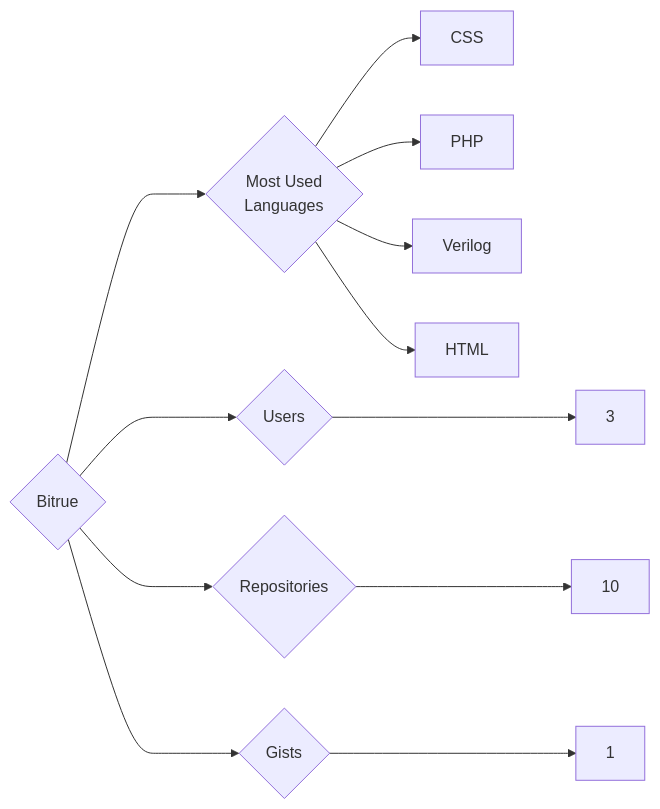
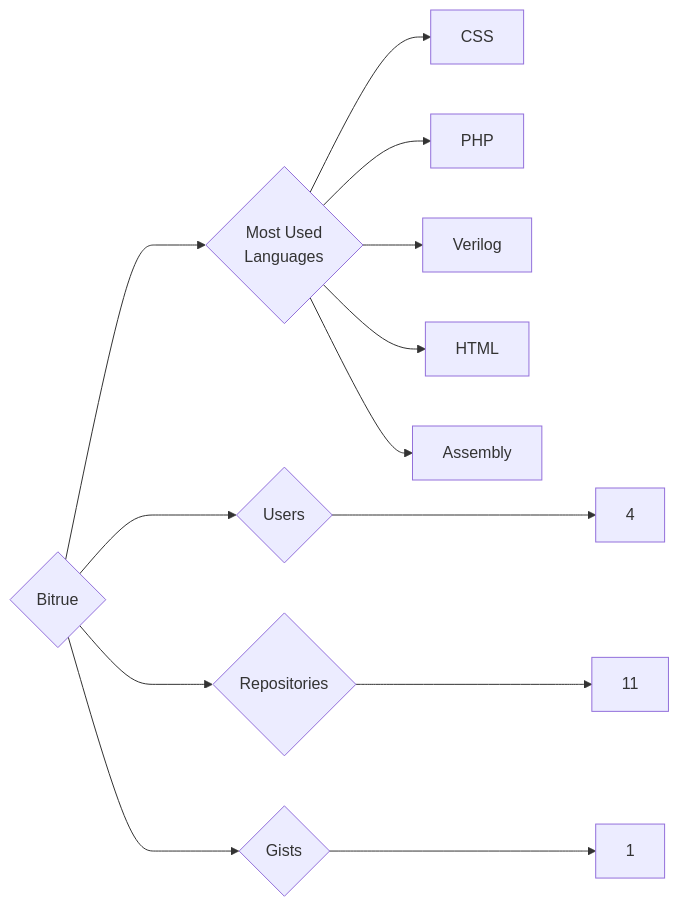
The diagram in targets/Bitrue/README.md (trickest/insiders), drawn with Mermaid before and after one commit. The commit also changed 995 other files, not shown here.

````diff
--- a/targets/Bitrue/README.md
+++ b/targets/Bitrue/README.md
@@ -3,12 +3,13 @@
 ```mermaid
 graph LR
 COMPANY_NAME{Bitrue}
-COMPANY_NAME ---> U{Users} ---> UN[3]
-COMPANY_NAME ---> R{Repositories} ---> RN[10]
+COMPANY_NAME ---> U{Users} ---> UN[4]
+COMPANY_NAME ---> R{Repositories} ---> RN[11]
 COMPANY_NAME ---> G{Gists} ---> GN[1]
 COMPANY_NAME ---> ML{Most Used<br>Languages}
 ML --> CSS[CSS]
 ML --> PHP[PHP]
 ML --> Verilog[Verilog]
 ML --> HTML[HTML]
+ML --> Assembly[Assembly]
 ```
````
